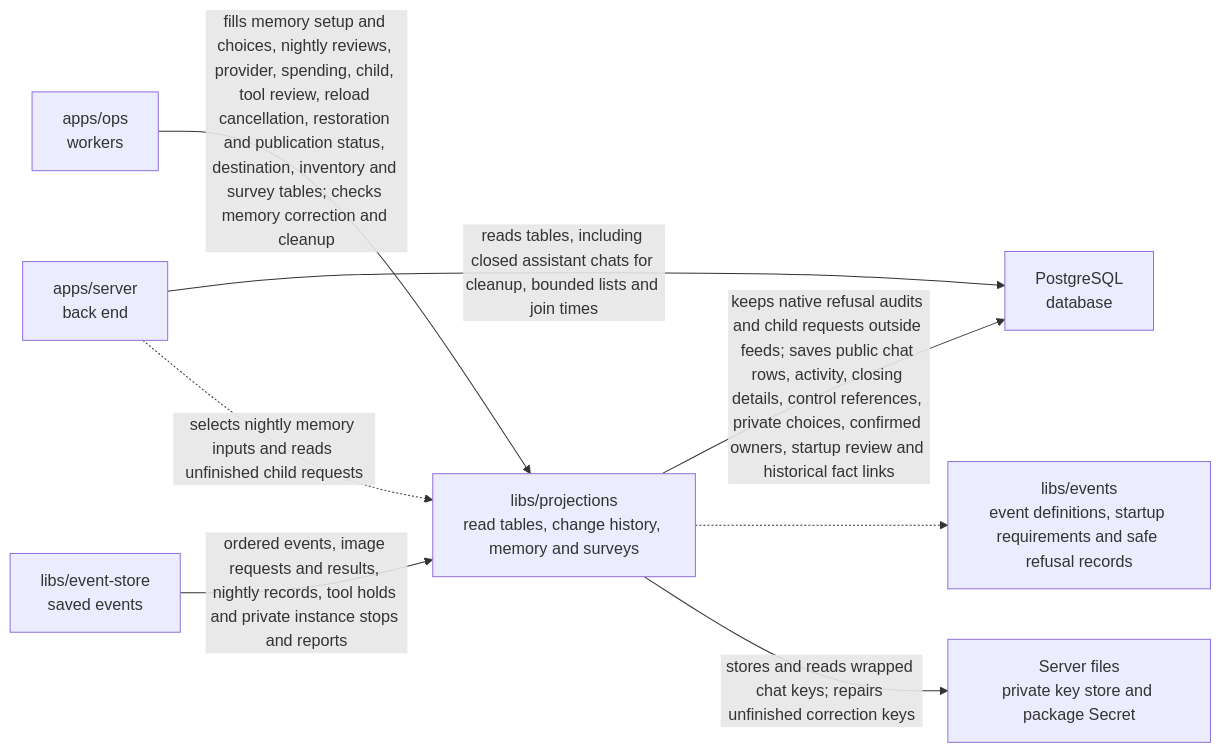
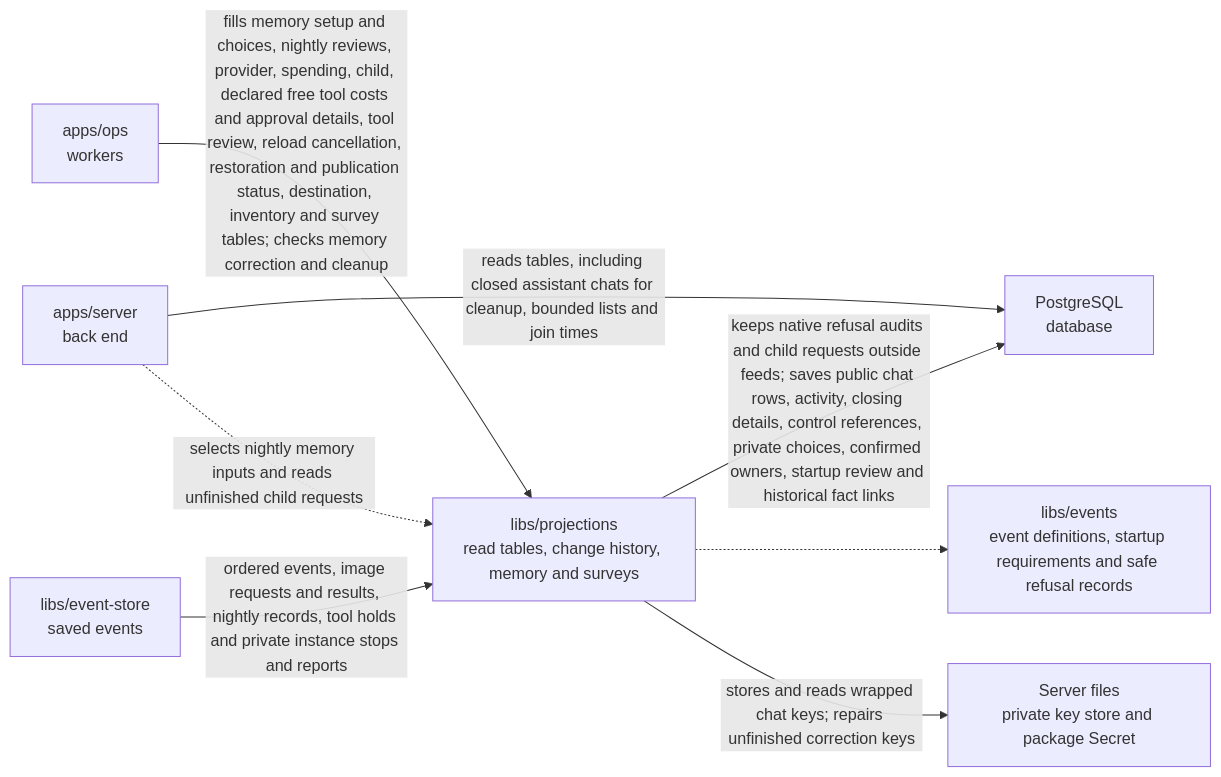
One commit to elewa-git/opencrane-new changed the diagram in libs/projections/README.md. Above: the diagram before and after it, drawn with Mermaid. The commit also changed other lines of this file and 18 other files, not shown here.

Commit message:
🔒 Save declared free tool costs and approval details

````diff
--- a/libs/projections/README.md
+++ b/libs/projections/README.md
@@ -23,10 +23,10 @@
 ```mermaid
 flowchart LR
-  ops["apps/ops<br/>workers"] -->|fills memory setup and choices, nightly reviews, provider, spending, child, tool review, reload cancellation, restoration and publication status, destination, inventory and survey tables; checks memory correction and cleanup| projections["libs/projections<br/>read tables, change history, memory and surveys"]
+  ops["apps/ops<br/>workers"] -->|fills memory setup and choices, nightly reviews, provider, spending, child, declared free tool costs and approval details, tool review, reload cancellation, restoration and publication status, destination, inventory and survey tables; checks memory correction and cleanup| projections["libs/projections<br/>read tables, change history, memory and surveys"]
   server["apps/server<br/>back end"] -->|reads tables, including closed assistant chats for cleanup, bounded lists and join times| pg["PostgreSQL<br/>database"]
   projections -->|keeps native refusal audits and child requests outside feeds; saves public chat rows, activity, closing details, control references, private choices, confirmed owners, startup review and historical fact links| pg
   store["libs/event-store<br/>saved events"] -->|ordered events, image requests and results, nightly records, tool holds and private instance stops and reports| projections
   server -.->|selects nightly memory inputs and reads unfinished child requests| projections
   projections -.-> events["libs/events<br/>event definitions, startup requirements and safe refusal records"]
   projections -->|stores and reads wrapped chat keys; repairs unfinished correction keys| keys["Server files<br/>private key store and package Secret"]
 ```
````
